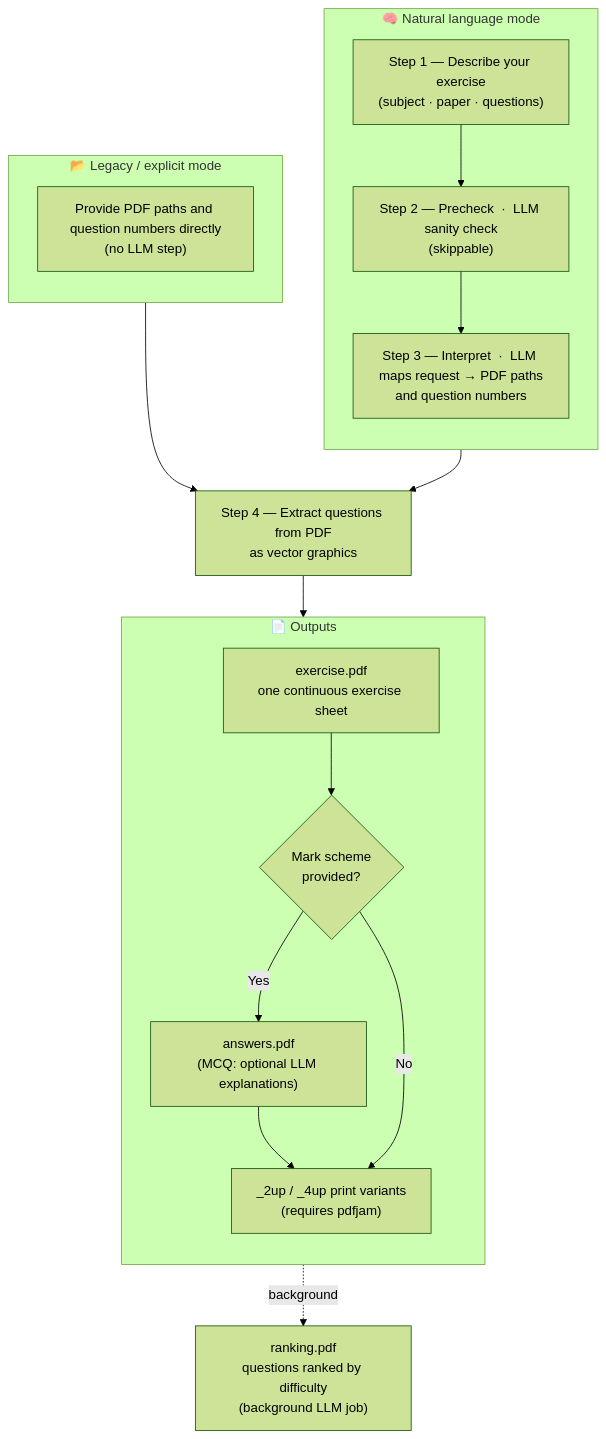
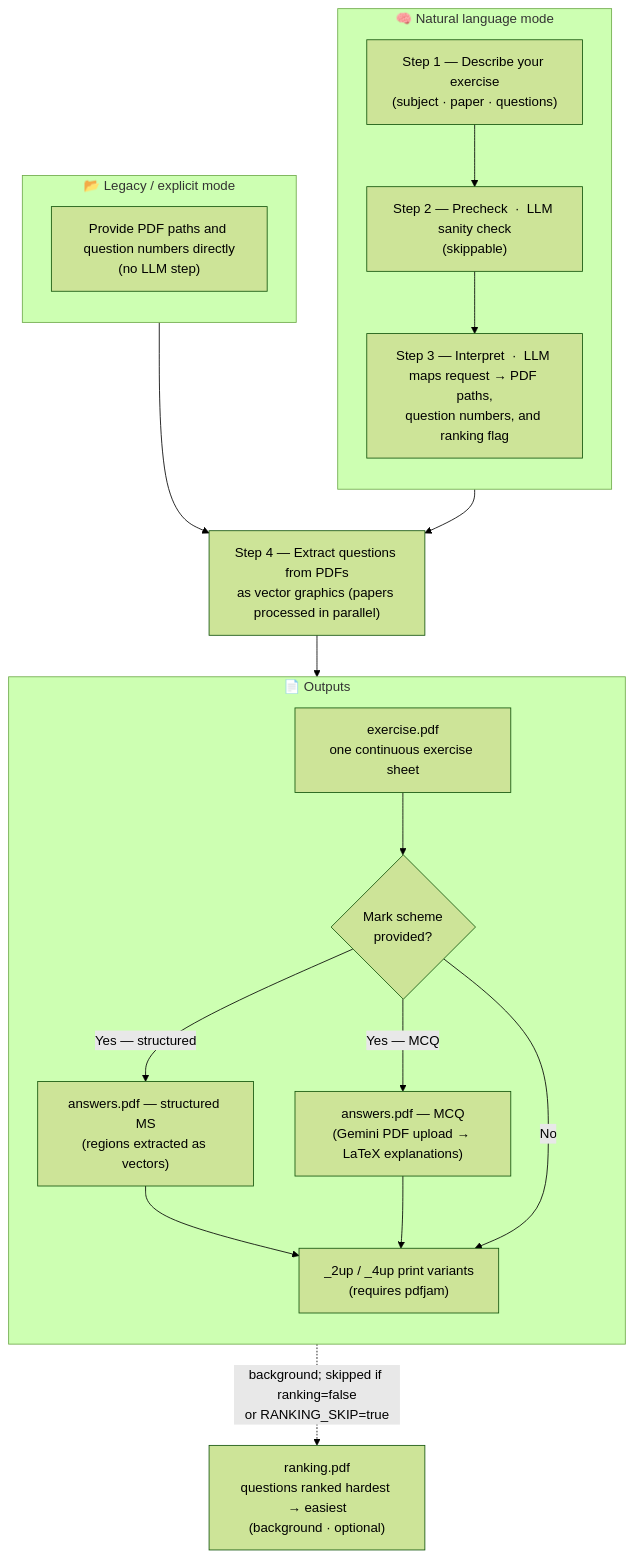
One commit to JoschkaKoen/IGCSE-Exercise-Sheet-Generator-1 changed the first of 2 diagrams in README.md. Above: the diagram before and after it, drawn with Mermaid (forest theme). The commit also changed other lines of this file, not shown here.

Commit message:
README: document ranking flag, parallel extraction, MCQ Gemini path, optional ranking; GEMINI_API_KEY in model table.

````diff
--- a/README.md
+++ b/README.md
@@ -25,35 +25,37 @@
 ```mermaid
 flowchart TD
     subgraph nlPath ["🧠  Natural language mode"]
         direction TB
         n1["Step 1 — Describe your exercise\n(subject · paper · questions)"]
         n2["Step 2 — Precheck  ·  LLM sanity check\n(skippable)"]
-        n3["Step 3 — Interpret  ·  LLM maps request → PDF paths\nand question numbers"]
+        n3["Step 3 — Interpret  ·  LLM maps request → PDF paths,\nquestion numbers, and ranking flag"]
         n1 --> n2 --> n3
     end
 
     subgraph legPath ["📂  Legacy / explicit mode"]
         direction TB
         l1["Provide PDF paths and question numbers directly\n(no LLM step)"]
     end
 
-    cut["Step 4 — Extract questions from PDF\nas vector graphics"]
+    cut["Step 4 — Extract questions from PDFs\nas vector graphics (papers processed in parallel)"]
 
     subgraph outputs ["📄  Outputs"]
         direction TB
         ex["exercise.pdf\none continuous exercise sheet"]
         ms{"Mark scheme\nprovided?"}
-        ans["answers.pdf\n(MCQ: optional LLM explanations)"]
+        ans["answers.pdf — structured MS\n(regions extracted as vectors)"]
+        mcqans["answers.pdf — MCQ\n(Gemini PDF upload → LaTeX explanations)"]
         nup["_2up / _4up print variants\n(requires pdfjam)"]
         ex --> ms
-        ms -->|Yes| ans --> nup
+        ms -->|"Yes — structured"| ans --> nup
+        ms -->|"Yes — MCQ"| mcqans --> nup
         ms -->|No| nup
     end
 
-    rank["ranking.pdf\nquestions ranked by difficulty\n(background LLM job)"]
+    rank["ranking.pdf\nquestions ranked hardest → easiest\n(background · optional)"]
 
     n3 --> cut
     l1 --> cut
     cut --> ex
-    ex -.->|"background"| rank
+    ex -.->|"background; skipped if ranking=false\nor RANKING_SKIP=true"| rank
 ```
````
